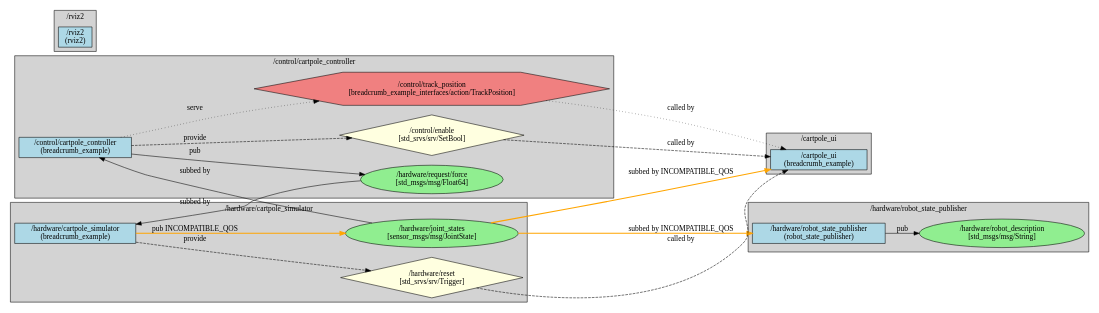
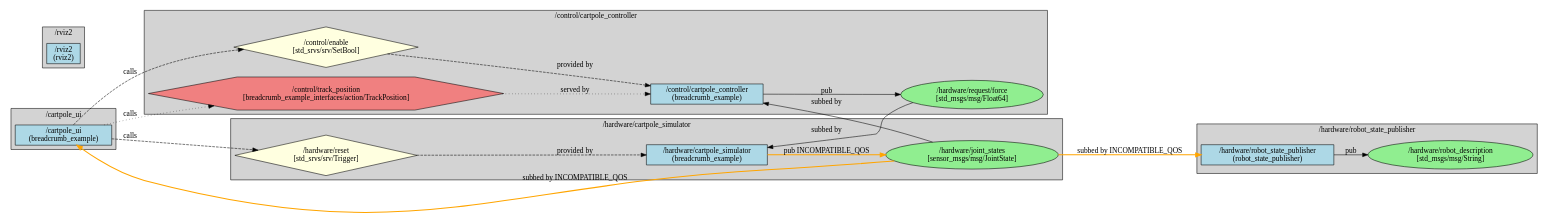
Before and after one commit to greenforge-labs/breadcrumb: the diagram in breadcrumb_example/ros_graphs/graph_full_system.dot, drawn with Graphviz. The commit also changed 8 other files, not shown here.

First line of the commit message:
update the graph to reflect "Data flow"

```diff
--- a/breadcrumb_example/ros_graphs/graph_full_system.dot
+++ b/breadcrumb_example/ros_graphs/graph_full_system.dot
@@ -1,69 +1,69 @@
 digraph ROS2Graph {
   rankdir=LR;
   node [shape=box];
 
   subgraph cluster__cartpole_ui {
     label="/cartpole_ui";
     style=filled;
     fillcolor=lightgrey;
 
     "/cartpole_ui" [label="/cartpole_ui\n(breadcrumb_example)", style=filled, fillcolor=lightblue];
   }
 
   subgraph cluster__control_cartpole_controller {
     label="/control/cartpole_controller";
     style=filled;
     fillcolor=lightgrey;
 
     "/control/cartpole_controller" [label="/control/cartpole_controller\n(breadcrumb_example)", style=filled, fillcolor=lightblue];
     "/hardware/request/force" [label="/hardware/request/force\n[std_msgs/msg/Float64]", shape=ellipse, style=filled, fillcolor=lightgreen];
     "/control/enable" [label="/control/enable\n[std_srvs/srv/SetBool]", shape=diamond, style=filled, fillcolor=lightyellow];
     "/control/track_position" [label="/control/track_position\n[breadcrumb_example_interfaces/action/TrackPosition]", shape=hexagon, style=filled, fillcolor=lightcoral];
   }
 
   subgraph cluster__hardware_robot_state_publisher {
     label="/hardware/robot_state_publisher";
     style=filled;
     fillcolor=lightgrey;
 
     "/hardware/robot_state_publisher" [label="/hardware/robot_state_publisher\n(robot_state_publisher)", style=filled, fillcolor=lightblue];
     "/hardware/robot_description" [label="/hardware/robot_description\n[std_msgs/msg/String]", shape=ellipse, style=filled, fillcolor=lightgreen];
   }
 
   subgraph cluster__hardware_cartpole_simulator {
     label="/hardware/cartpole_simulator";
     style=filled;
     fillcolor=lightgrey;
 
     "/hardware/cartpole_simulator" [label="/hardware/cartpole_simulator\n(breadcrumb_example)", style=filled, fillcolor=lightblue];
     "/hardware/joint_states" [label="/hardware/joint_states\n[sensor_msgs/msg/JointState]", shape=ellipse, style=filled, fillcolor=lightgreen];
     "/hardware/reset" [label="/hardware/reset\n[std_srvs/srv/Trigger]", shape=diamond, style=filled, fillcolor=lightyellow];
   }
 
   subgraph cluster__rviz2 {
     label="/rviz2";
     style=filled;
     fillcolor=lightgrey;
 
     "/rviz2" [label="/rviz2\n(rviz2)", style=filled, fillcolor=lightblue];
   }
 
   // Topic Edges
   "/hardware/cartpole_simulator" -> "/hardware/joint_states" [label="pub INCOMPATIBLE_QOS", color=orange, style=bold];
   "/hardware/joint_states" -> "/cartpole_ui" [label="subbed by INCOMPATIBLE_QOS", color=orange, style=bold];
   "/hardware/joint_states" -> "/control/cartpole_controller" [label="subbed by"];
   "/hardware/joint_states" -> "/hardware/robot_state_publisher" [label="subbed by INCOMPATIBLE_QOS", color=orange, style=bold];
   "/control/cartpole_controller" -> "/hardware/request/force" [label="pub"];
   "/hardware/request/force" -> "/hardware/cartpole_simulator" [label="subbed by"];
   "/hardware/robot_state_publisher" -> "/hardware/robot_description" [label="pub"];
 
   // Service Edges
-  "/control/cartpole_controller" -> "/control/enable" [label="provide", style=dashed];
-  "/control/enable" -> "/cartpole_ui" [label="called by", style=dashed];
-  "/hardware/cartpole_simulator" -> "/hardware/reset" [label="provide", style=dashed];
-  "/hardware/reset" -> "/cartpole_ui" [label="called by", style=dashed];
+  "/control/enable" -> "/control/cartpole_controller" [label="provided by", style=dashed];
+  "/cartpole_ui" -> "/control/enable" [label="calls", style=dashed];
+  "/hardware/reset" -> "/hardware/cartpole_simulator" [label="provided by", style=dashed];
+  "/cartpole_ui" -> "/hardware/reset" [label="calls", style=dashed];
 
   // Action Edges
-  "/control/cartpole_controller" -> "/control/track_position" [label="serve", style=dotted];
-  "/control/track_position" -> "/cartpole_ui" [label="called by", style=dotted];
+  "/control/track_position" -> "/control/cartpole_controller" [label="served by", style=dotted];
+  "/cartpole_ui" -> "/control/track_position" [label="calls", style=dotted];
 }
```
